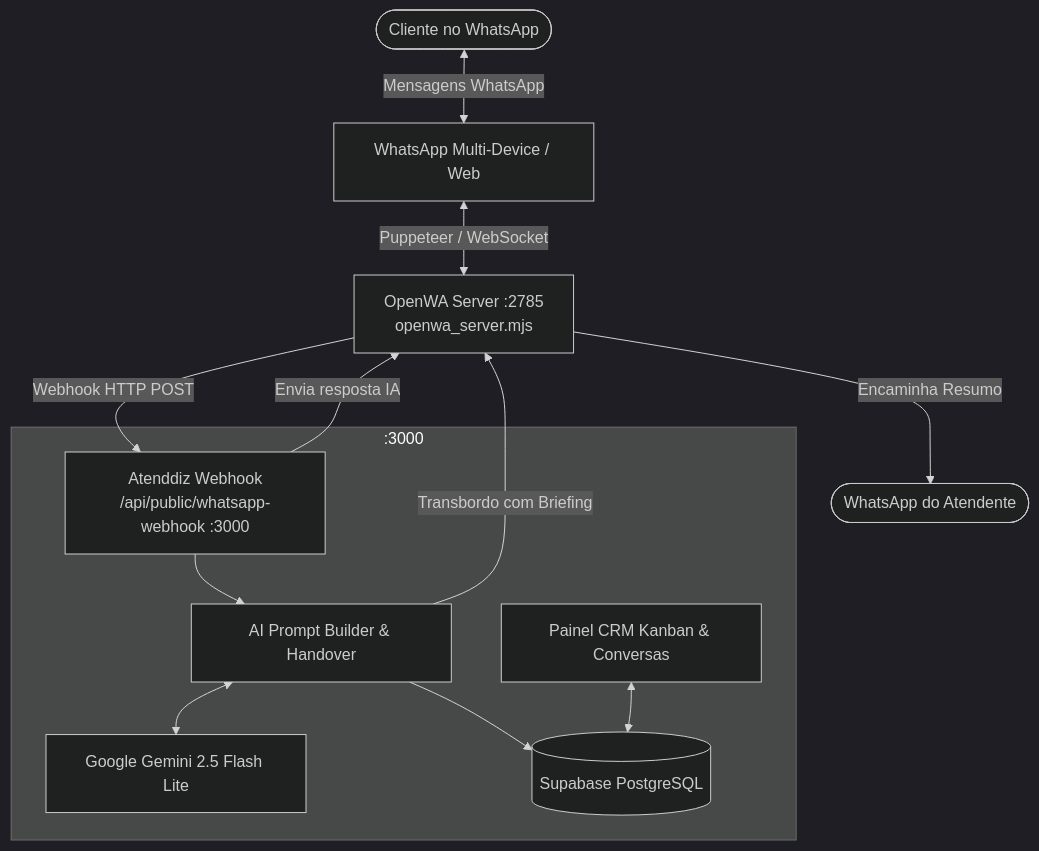
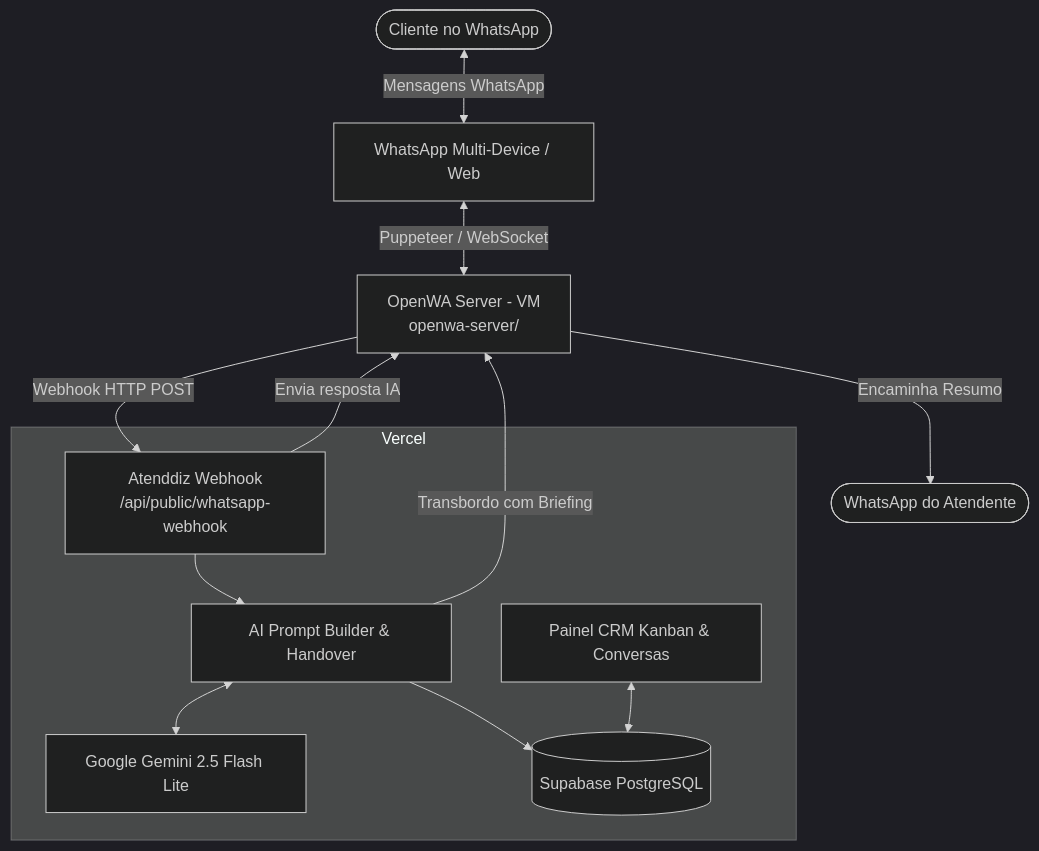
Before and after one commit to arkeestudio/atenddiz: the diagram in README.md, drawn with Mermaid (dark theme). The commit also changed other lines of this file and 16 other files, not shown here.

Commit message:
chore: limpeza do projeto, OpenWA em openwa-server/ e remocao de dependencias sem uso

````diff
--- a/README.md
+++ b/README.md
@@ -80,17 +80,17 @@
 ```mermaid
 flowchart TD
     Cliente([Cliente no WhatsApp]) <-->|Mensagens WhatsApp| WA[WhatsApp Multi-Device / Web]
-    WA <-->|Puppeteer / WebSocket| OpenWA[OpenWA Server :2785\nopenwa_server.mjs]
-    OpenWA -->|Webhook HTTP POST| WebhookRoute[Atenddiz Webhook\n/api/public/whatsapp-webhook :3000]
+    WA <-->|Puppeteer / WebSocket| OpenWA[OpenWA Server - VM\nopenwa-server/]
+    OpenWA -->|Webhook HTTP POST| WebhookRoute[Atenddiz Webhook\n/api/public/whatsapp-webhook]
     
-    subgraph Atenddiz Engine [:3000]
+    subgraph Atenddiz Engine [Vercel]
         WebhookRoute --> PromptEngine[AI Prompt Builder & Handover]
         PromptEngine <--> GeminiAPI[Google Gemini 2.5 Flash Lite]
         PromptEngine --> Database[(Supabase PostgreSQL)]
         CRM[Painel CRM Kanban & Conversas] <--> Database
     end
     
     WebhookRoute -->|Envia resposta IA| OpenWA
     PromptEngine -->|Transbordo com Briefing| OpenWA
     OpenWA -->|Encaminha Resumo| Atendente([WhatsApp do Atendente])
 ```
````
